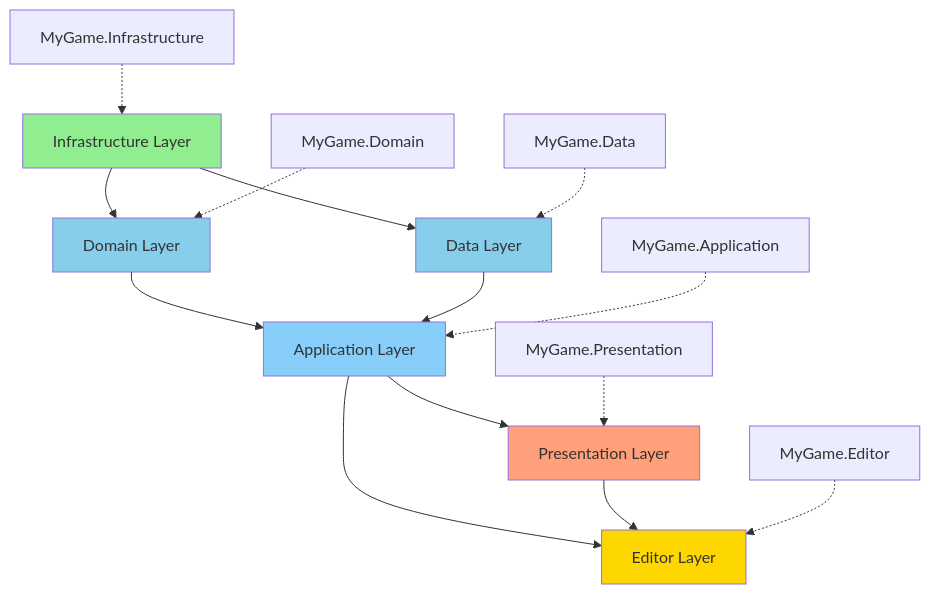
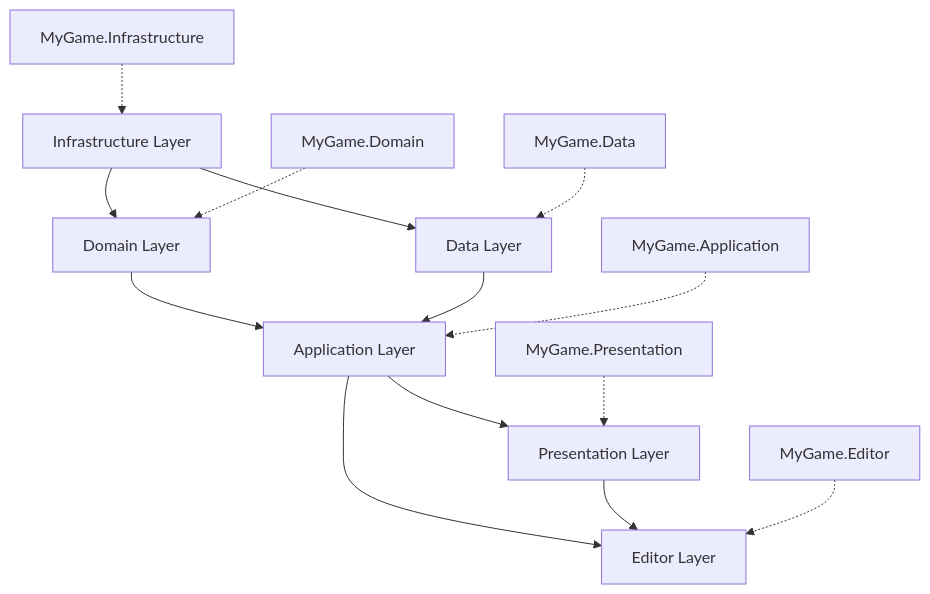
One commit to wallstop/unity-tips changed the diagram in docs/assembly-definitions/03-advanced-techniques.md. Above: the diagram before and after it, drawn with Mermaid. The commit also changed 27 other files, not shown here.

Commit message:
Convert ASCII diagrams to Mermaid format (#30)

````diff
--- a/docs/assembly-definitions/03-advanced-techniques.md
+++ b/docs/assembly-definitions/03-advanced-techniques.md
@@ -10,24 +10,18 @@
 ```mermaid
 graph TD
     A[Infrastructure Layer] --> B[Domain Layer]
     A --> C[Data Layer]
     B --> D[Application Layer]
     C --> D
     D --> E[Presentation Layer]
     D --> F[Editor Layer]
     E --> F
 
     A1[MyGame.Infrastructure] -.-> A
     B1[MyGame.Domain] -.-> B
     C1[MyGame.Data] -.-> C
     D1[MyGame.Application] -.-> D
     E1[MyGame.Presentation] -.-> E
     F1[MyGame.Editor] -.-> F
 
-    style A fill:#90EE90
-    style B fill:#87CEEB
-    style C fill:#87CEEB
-    style D fill:#87CEFA
-    style E fill:#FFA07A
-    style F fill:#FFD700
 ```
````
